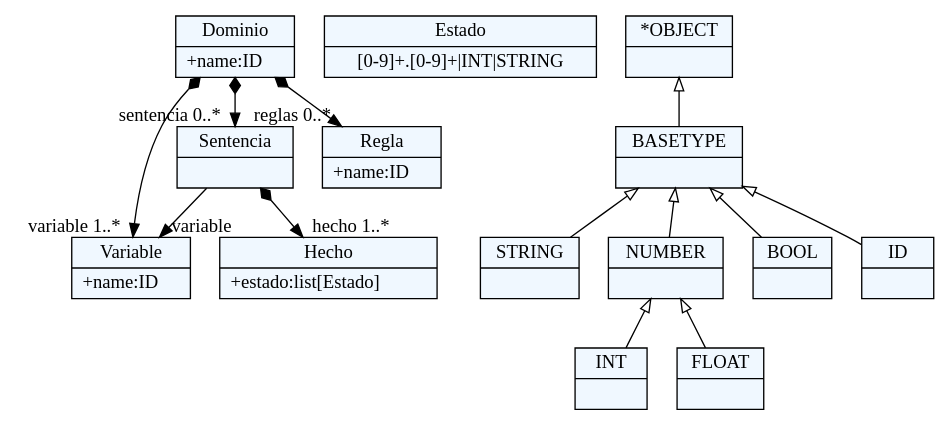
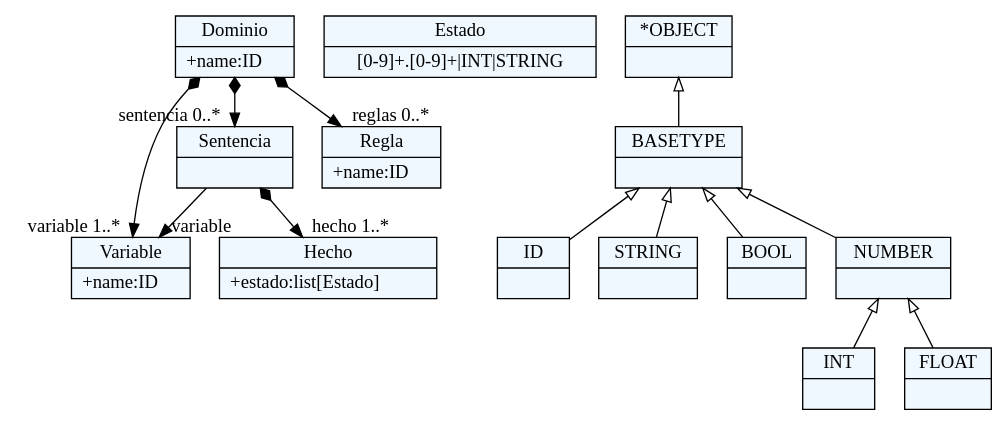
Before and after one commit to CarlosGutierrezArdila/DSL4UDRules: the diagram in gramatica.tx.dot, drawn with Graphviz. The commit also changed 2 other files, not shown here.

```diff
--- a/gramatica.tx.dot
+++ b/gramatica.tx.dot
@@ -1,55 +1,55 @@
 
     digraph xtext {
     fontname = "Bitstream Vera Sans"
     fontsize = 8
     node[
         shape=record,
         style=filled,
         fillcolor=aliceblue
     ]
     nodesep = 0.3
     edge[dir=black,arrowtail=empty]
 
 
-28642080 -> 28636160[headlabel="variable "]
-28642080 -> 28648784[arrowtail=diamond, dir=both, headlabel="hecho 1..*"]
-28642080[ label="{Sentencia|}"]
+94542106913880 -> 94542106897272[arrowtail=diamond, dir=both, headlabel="variable 1..*"]
+94542106913880 -> 94542107100456[arrowtail=diamond, dir=both, headlabel="sentencia 0..*"]
+94542106913880 -> 94542107109528[arrowtail=diamond, dir=both, headlabel="reglas 0..*"]
+94542106913880[ label="{Dominio|+name:ID\l}"]
 
-28624128 -> 28636160[arrowtail=diamond, dir=both, headlabel="variable 1..*"]
-28624128 -> 28642080[arrowtail=diamond, dir=both, headlabel="sentencia 0..*"]
-28624128 -> 28662064[arrowtail=diamond, dir=both, headlabel="reglas 0..*"]
-28624128[ label="{Dominio|+name:ID\l}"]
+94542106897272[ label="{Variable|+name:ID\l}"]
 
-28662064[ label="{Regla|+name:ID\l}"]
+94542107100456 -> 94542106897272[headlabel="variable "]
+94542107100456 -> 94542107105992[arrowtail=diamond, dir=both, headlabel="hecho 1..*"]
+94542107100456[ label="{Sentencia|}"]
 
-28648784[ label="{Hecho|+estado:list[Estado]\l}"]
+94542107105992[ label="{Hecho|+estado:list[Estado]\l}"]
 
-28636160[ label="{Variable|+name:ID\l}"]
+94542107111528[ label="{Estado|[0-9]+.[0-9]+\|INT\|STRING}"]
 
-28657056[ label="{Estado|[0-9]+.[0-9]+\|INT\|STRING}"]
+94542107109528[ label="{Regla|+name:ID\l}"]
 
-28205184[ label="{*OBJECT|}"]
-28205184 -> 28202400 [dir=back]
+94542106878408[ label="{ID|}"]
 
-28187696[ label="{STRING|}"]
+94542106899272[ label="{STRING|}"]
 
-28202400[ label="{BASETYPE|}"]
-28202400 -> 28198832 [dir=back]
-28202400 -> 28190480 [dir=back]
-28202400 -> 28184912 [dir=back]
-28202400 -> 28187696 [dir=back]
+94542106904808[ label="{BOOL|}"]
 
-28193264[ label="{INT|}"]
+94542106910344[ label="{INT|}"]
 
-28196048[ label="{FLOAT|}"]
+94542106915880[ label="{FLOAT|}"]
 
-28198832[ label="{NUMBER|}"]
-28198832 -> 28196048 [dir=back]
-28198832 -> 28193264 [dir=back]
+94542106921416[ label="{NUMBER|}"]
+94542106921416 -> 94542106915880 [dir=back]
+94542106921416 -> 94542106910344 [dir=back]
 
-28190480[ label="{BOOL|}"]
+94542106926952[ label="{BASETYPE|}"]
+94542106926952 -> 94542106921416 [dir=back]
+94542106926952 -> 94542106904808 [dir=back]
+94542106926952 -> 94542106878408 [dir=back]
+94542106926952 -> 94542106899272 [dir=back]
 
-28184912[ label="{ID|}"]
+94542106933080[ label="{*OBJECT|}"]
+94542106933080 -> 94542106926952 [dir=back]
 
 
 }
```
